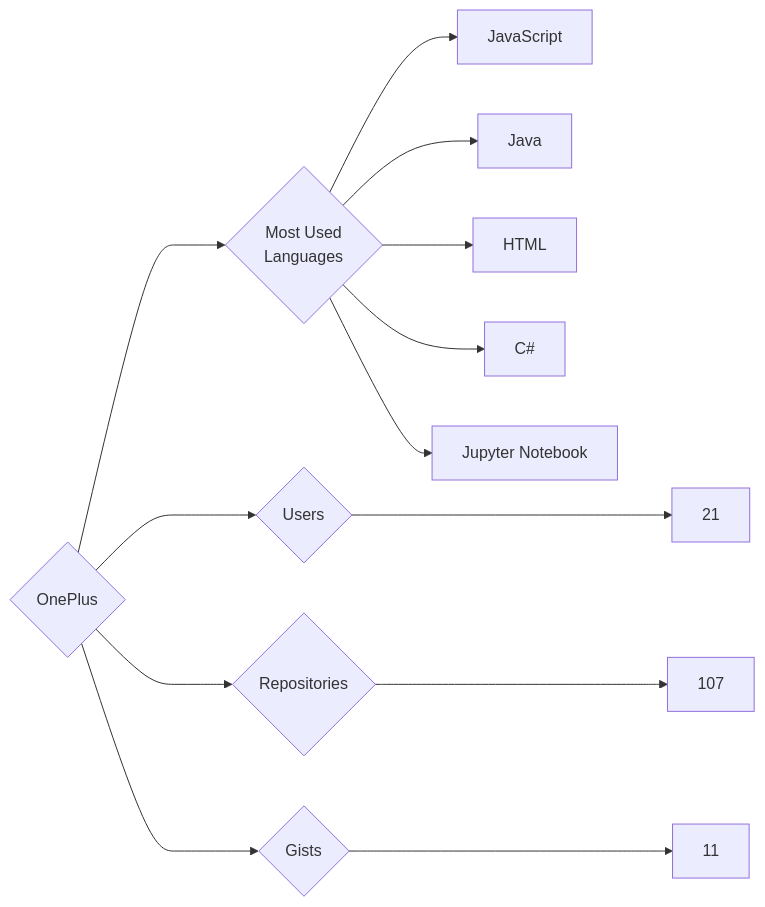
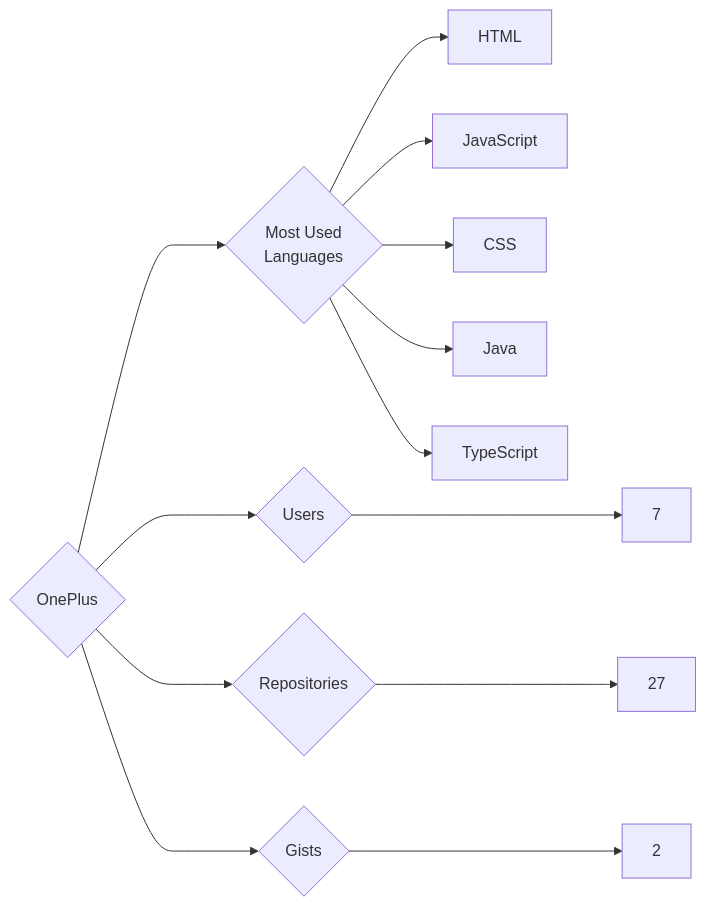
One commit to trickest/insiders changed the diagram in targets/OnePlus/README.md. Above: the diagram before and after it, drawn with Mermaid. The commit also changed 815 other files, not shown here.

````diff
--- a/targets/OnePlus/README.md
+++ b/targets/OnePlus/README.md
@@ -3,13 +3,13 @@
 ```mermaid
 graph LR
 COMPANY_NAME{OnePlus}
-COMPANY_NAME ---> U{Users} ---> UN[21]
-COMPANY_NAME ---> R{Repositories} ---> RN[107]
-COMPANY_NAME ---> G{Gists} ---> GN[11]
+COMPANY_NAME ---> U{Users} ---> UN[7]
+COMPANY_NAME ---> R{Repositories} ---> RN[27]
+COMPANY_NAME ---> G{Gists} ---> GN[2]
 COMPANY_NAME ---> ML{Most Used<br>Languages}
+ML --> HTML[HTML]
 ML --> JavaScript[JavaScript]
+ML --> CSS[CSS]
 ML --> Java[Java]
-ML --> HTML[HTML]
-ML --> C#[C#]
-ML --> Jupyter_Notebook[Jupyter Notebook]
+ML --> TypeScript[TypeScript]
 ```
````
